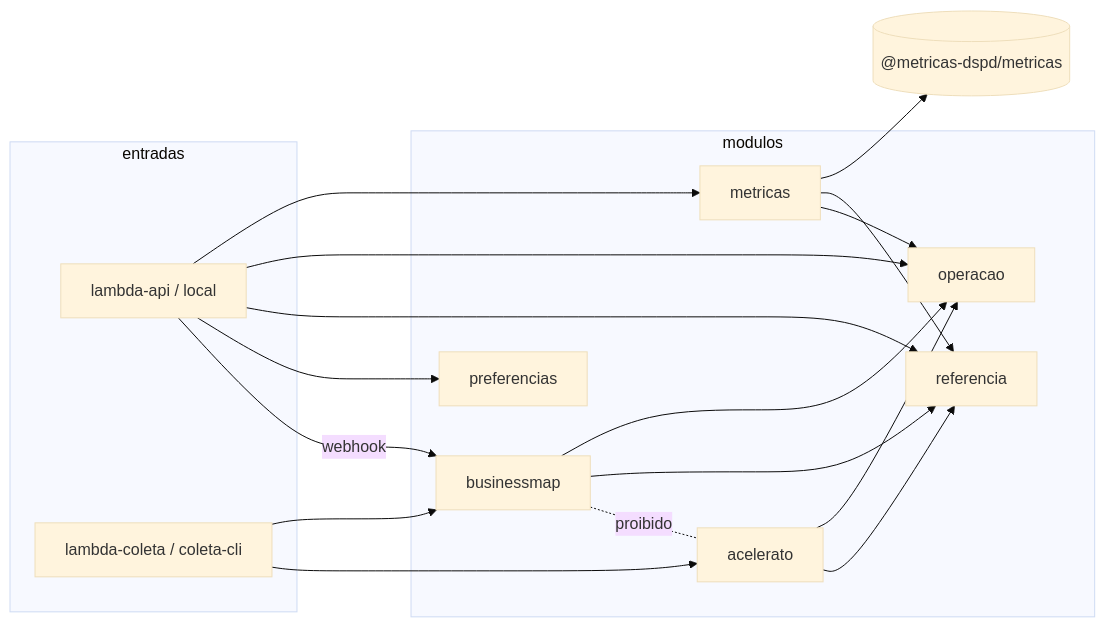
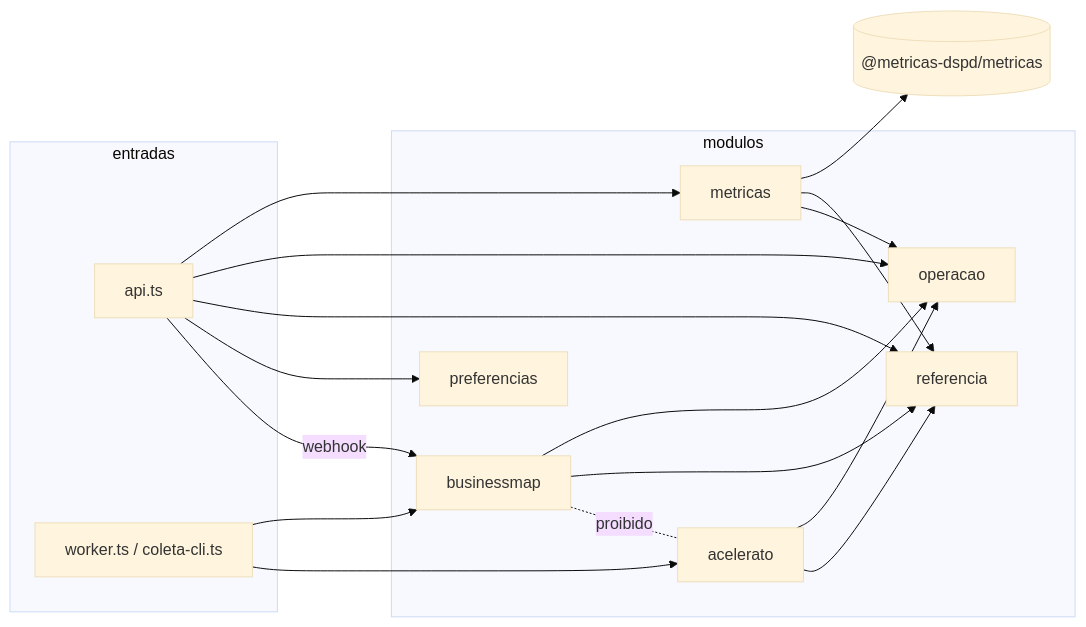
One commit to rodrigo-isensee/MetricasDSPD changed the third of 4 diagrams in docs/architecture/overview.md. Above: the diagram before and after it, drawn with Mermaid (base theme). The commit also changed other lines of this file and 10 other files, not shown here.

````diff
--- a/docs/architecture/overview.md
+++ b/docs/architecture/overview.md
@@ -75,27 +71,27 @@
 ```mermaid
 flowchart LR
   subgraph entradas
-    la["lambda-api / local"]
-    lc["lambda-coleta / coleta-cli"]
+    la["api.ts"]
+    lc["worker.ts / coleta-cli.ts"]
   end
   subgraph modulos
     bm["businessmap"]
     ac["acelerato"]
     ref["referencia"]
     met["metricas"]
     ops["operacao"]
     pref["preferencias"]
   end
   lib[("@metricas-dspd/metricas")]
   la --> met & ops & ref & pref
   la -->|webhook| bm
   lc --> bm & ac
   bm --> ops
   ac --> ops
   bm --> ref
   ac --> ref
   met --> lib
   met --> ref
   met --> ops
   bm -. "proibido" .- ac
 ```
````
